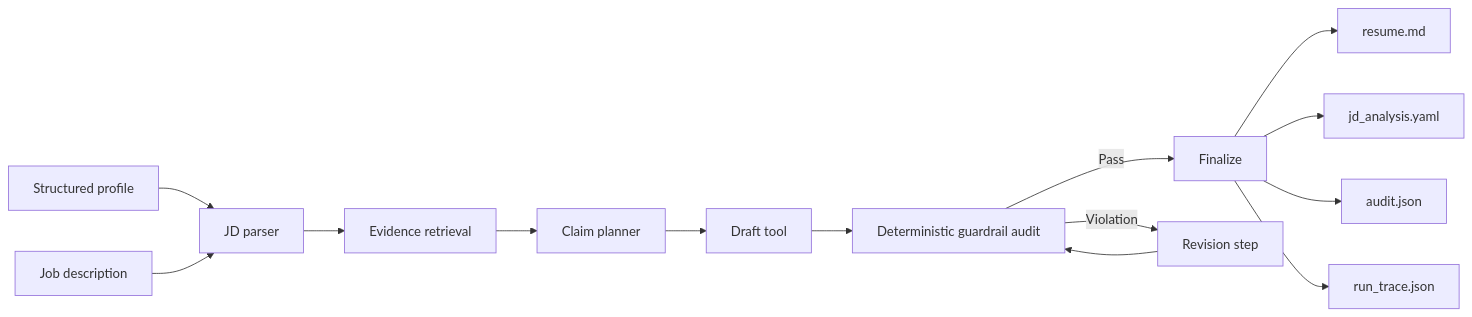
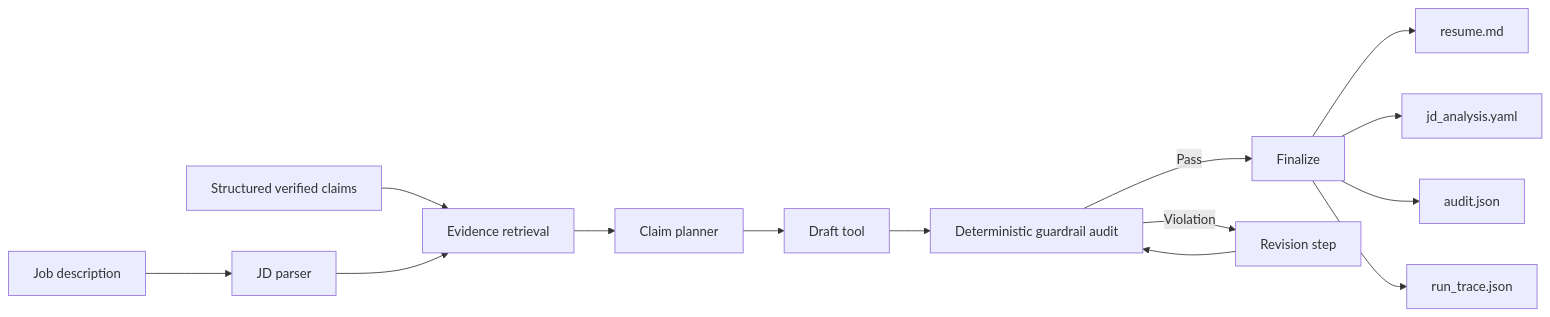
Before and after one commit to JosieCen/Evidence-grounded_Resume_Tailoring_Agent: the diagram in README.md, drawn with Mermaid. The commit also changed other lines of this file, not shown here.

Commit message:
docs: present v0.2 semantic retrieval architecture

````diff
--- a/README.md
+++ b/README.md
@@ -27,16 +21,16 @@
 ```mermaid
 flowchart LR
-    A[Structured profile] --> B[JD parser]
-    J[Job description] --> B
-    B --> C[Evidence retrieval]
+    A[Structured verified claims] --> C[Evidence retrieval]
+    J[Job description] --> B[JD parser]
+    B --> C
     C --> D[Claim planner]
     D --> E[Draft tool]
     E --> F[Deterministic guardrail audit]
     F -->|Pass| G[Finalize]
     F -->|Violation| H[Revision step]
     H --> F
     G --> I[resume.md]
     G --> K[jd_analysis.yaml]
     G --> L[audit.json]
     G --> M[run_trace.json]
 ```
````
